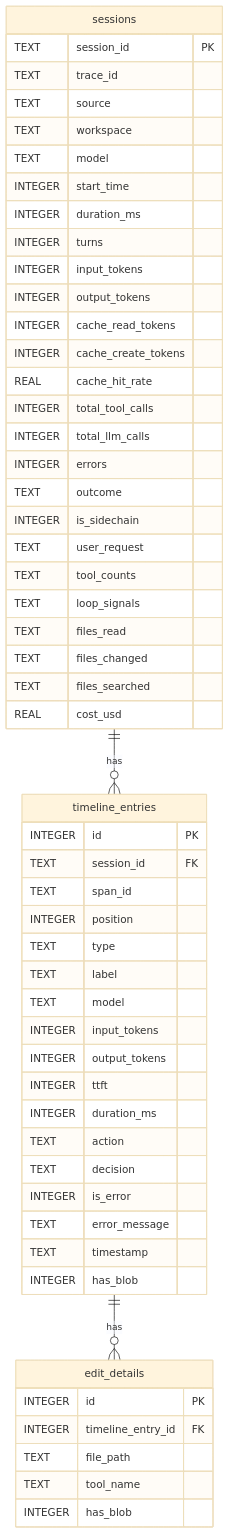
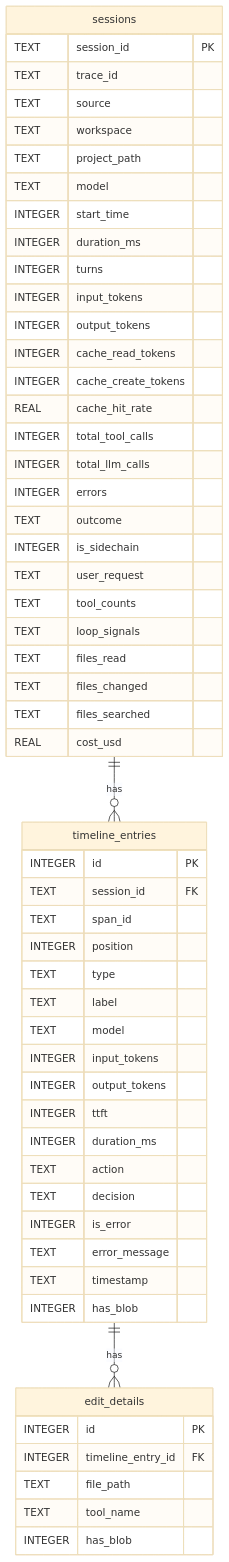
Before and after one commit to RogerReed/agentlens: the eighth of 19 diagrams in ARCHITECTURE.md, drawn with Mermaid (base theme). The commit also changed other lines of this file and 17 other files, not shown here.

````diff
--- a/ARCHITECTURE.md
+++ b/ARCHITECTURE.md
@@ -395,58 +395,59 @@
 ```mermaid
 erDiagram
     sessions {
         TEXT session_id PK
         TEXT trace_id
         TEXT source
         TEXT workspace
+        TEXT project_path
         TEXT model
         INTEGER start_time
         INTEGER duration_ms
         INTEGER turns
         INTEGER input_tokens
         INTEGER output_tokens
         INTEGER cache_read_tokens
         INTEGER cache_create_tokens
         REAL cache_hit_rate
         INTEGER total_tool_calls
         INTEGER total_llm_calls
         INTEGER errors
         TEXT outcome
         INTEGER is_sidechain
         TEXT user_request
         TEXT tool_counts
         TEXT loop_signals
         TEXT files_read
         TEXT files_changed
         TEXT files_searched
         REAL cost_usd
     }
     timeline_entries {
         INTEGER id PK
         TEXT session_id FK
         TEXT span_id
         INTEGER position
         TEXT type
         TEXT label
         TEXT model
         INTEGER input_tokens
         INTEGER output_tokens
         INTEGER ttft
         INTEGER duration_ms
         TEXT action
         TEXT decision
         INTEGER is_error
         TEXT error_message
         TEXT timestamp
         INTEGER has_blob
     }
     edit_details {
         INTEGER id PK
         INTEGER timeline_entry_id FK
         TEXT file_path
         TEXT tool_name
         INTEGER has_blob
     }
     sessions ||--o{ timeline_entries : "has"
     timeline_entries ||--o{ edit_details : "has"
 ```
````
